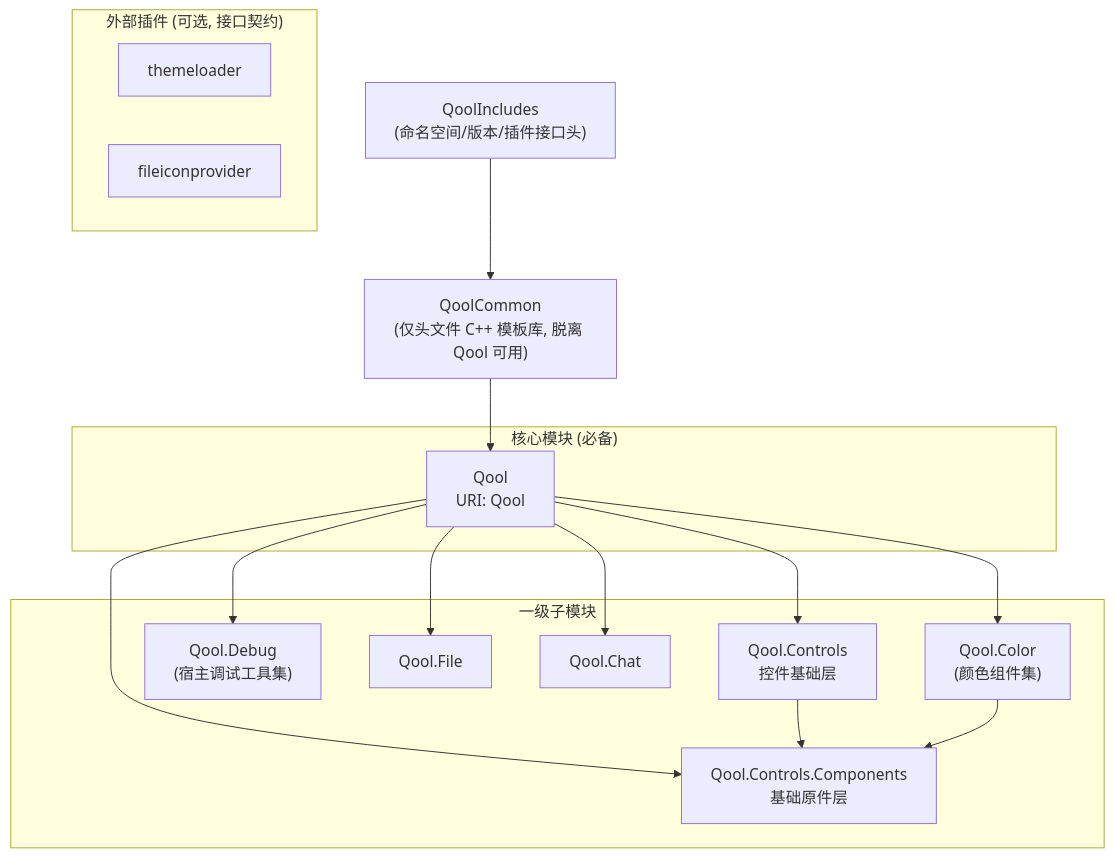
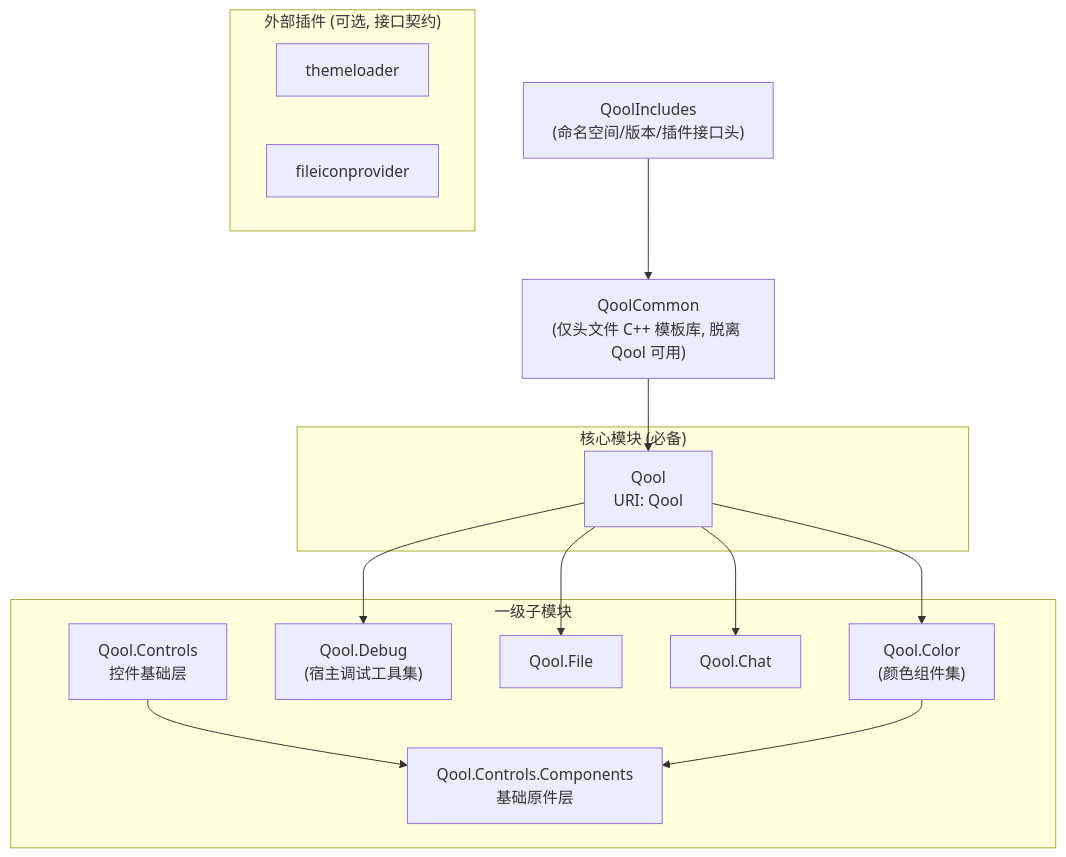
Before and after one commit to LambdaXIII/QoolUI4: the diagram in AGENTS.md, drawn with Mermaid. The commit also changed other lines of this file and 239 other files, not shown here.

````diff
--- a/AGENTS.md
+++ b/AGENTS.md
@@ -25,34 +32,32 @@
 ```mermaid
 flowchart TB
     QoolIncludes["QoolIncludes<br/>(命名空间/版本/插件接口头)"]
     QoolCommon["QoolCommon<br/>(仅头文件 C++ 模板库, 脱离 Qool 可用)"]
 
     subgraph Core["核心模块 (必备)"]
         Qool["Qool<br/>URI: Qool"]
     end
 
     subgraph L1["一级子模块"]
         QoolControls["Qool.Controls<br/>控件基础层"]
         QoolControlsComponents["Qool.Controls.Components<br/>基础原件层"]
         QoolDebug["Qool.Debug<br/>(宿主调试工具集)"]
         QoolFile["Qool.File"]
         QoolChat["Qool.Chat"]
         QoolColor["Qool.Color<br/>(颜色组件集)"]
     end
 
     subgraph Plugins["外部插件 (可选, 接口契约)"]
         themeloader["themeloader"]
         fileiconprovider["fileiconprovider"]
     end
 
     QoolIncludes --> QoolCommon
     QoolCommon --> Qool
-    Qool --> QoolControls
-    Qool --> QoolControlsComponents
     Qool --> QoolDebug
     Qool --> QoolFile
     Qool --> QoolChat
     Qool --> QoolColor
     QoolControls --> QoolControlsComponents
     QoolColor --> QoolControlsComponents
 ```
````
